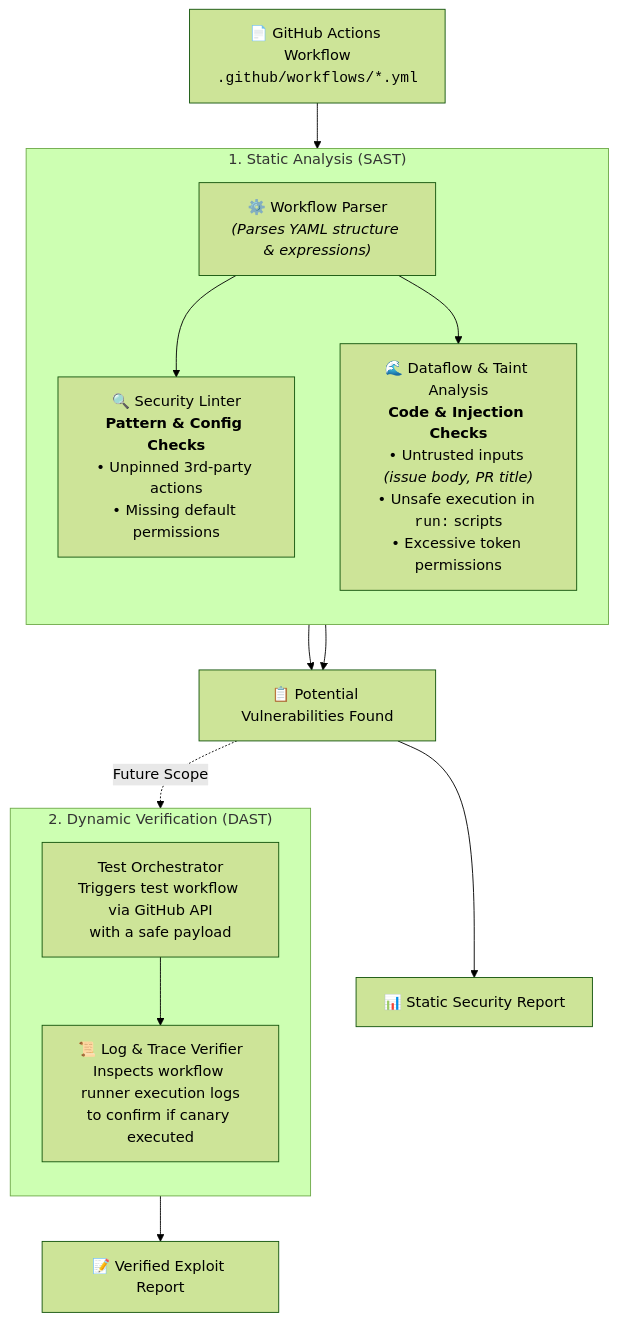
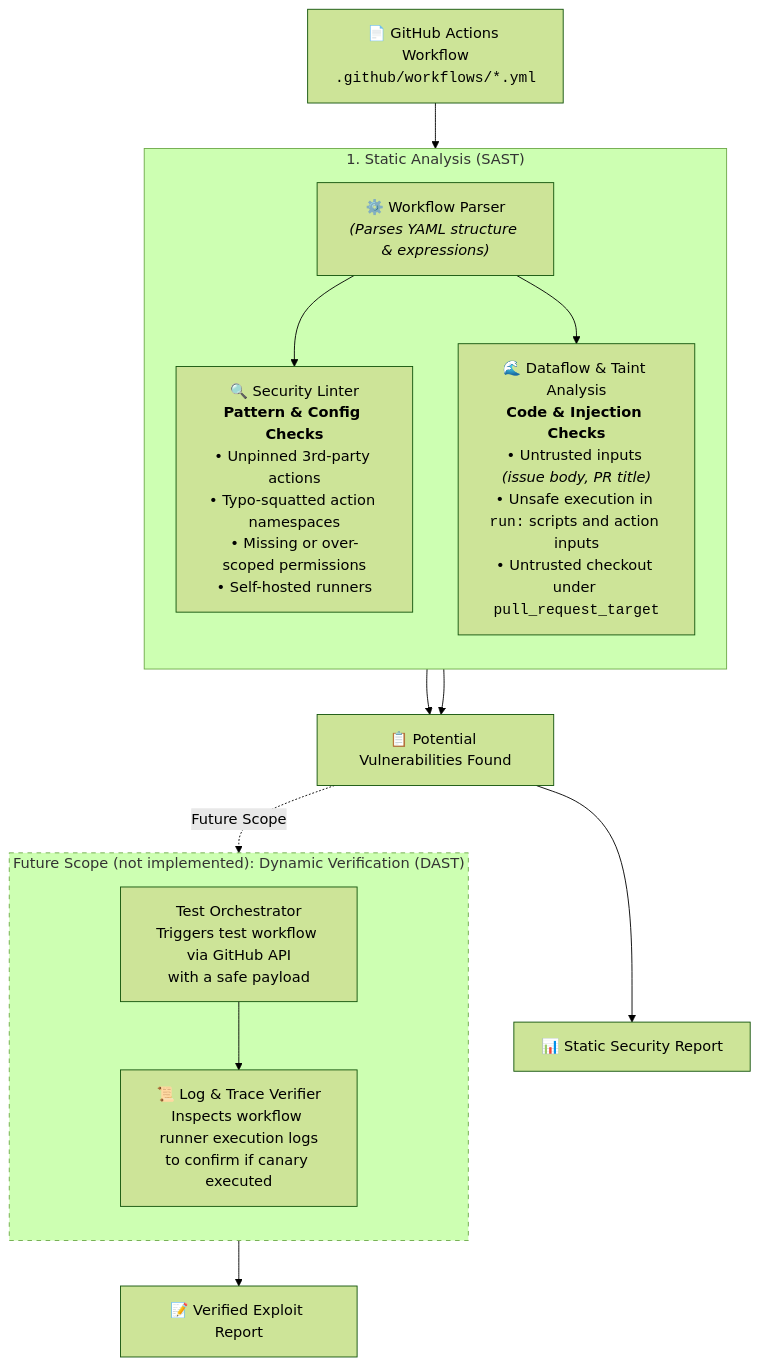
The diagram in README.md (chinmaypant21/actionlens), drawn with Mermaid (forest theme) before and after one commit. The commit also changed other lines of this file and 6 other files, not shown here.

````diff
--- a/README.md
+++ b/README.md
@@ -28,27 +30,28 @@
 ```mermaid
 flowchart TD
     %% Input
     Input["📄 GitHub Actions Workflow<br/><code>.github/workflows/*.yml</code>"] --> Parser["⚙️ Workflow Parser<br/><i>(Parses YAML structure & expressions)</i>"]
 
     %% Stage 1: SAST
     subgraph SAST["1. Static Analysis (SAST)"]
         direction TB
-        Parser --> Lint["🔍 Security Linter<br/><b>Pattern & Config Checks</b><br/>• Unpinned 3rd-party actions<br/>• Missing default permissions"]
-        Parser --> Dataflow["🌊 Dataflow & Taint Analysis<br/><b>Code & Injection Checks</b><br/>• Untrusted inputs <i>(issue body, PR title)</i><br/>• Unsafe execution in <code>run:</code> scripts<br/>• Excessive token permissions"]
+        Parser --> Lint["🔍 Security Linter<br/><b>Pattern & Config Checks</b><br/>• Unpinned 3rd-party actions<br/>• Typo-squatted action namespaces<br/>• Missing or over-scoped permissions<br/>• Self-hosted runners"]
+        Parser --> Dataflow["🌊 Dataflow & Taint Analysis<br/><b>Code & Injection Checks</b><br/>• Untrusted inputs <i>(issue body, PR title)</i><br/>• Unsafe execution in <code>run:</code> scripts and action inputs<br/>• Untrusted checkout under <code>pull_request_target</code>"]
     end
 
     %% Findings (Bridge between SAST and DAST)
     Lint --> Findings["📋 Potential Vulnerabilities Found"]
     Dataflow --> Findings
 
     Findings --> StaticReport["📊 Static Security Report"]
 
-    %% Stage 2: DAST
-    subgraph DAST["2. Dynamic Verification (DAST)"]
+    %% Future scope only: DAST is not implemented
+    subgraph DAST["Future Scope (not implemented): Dynamic Verification (DAST)"]
         direction TB
         Trigger["Test Orchestrator<br/>Triggers test workflow via GitHub API<br/>with a safe payload"]
         Trigger --> Logs["📜 Log & Trace Verifier<br/>Inspects workflow runner execution logs<br/>to confirm if canary executed"]
     end
 	Findings -. "Future Scope" .-> Trigger
     Logs --> Verified["📝 Verified Exploit Report"]
+    style DAST stroke-dasharray: 5 5
 ```
````
